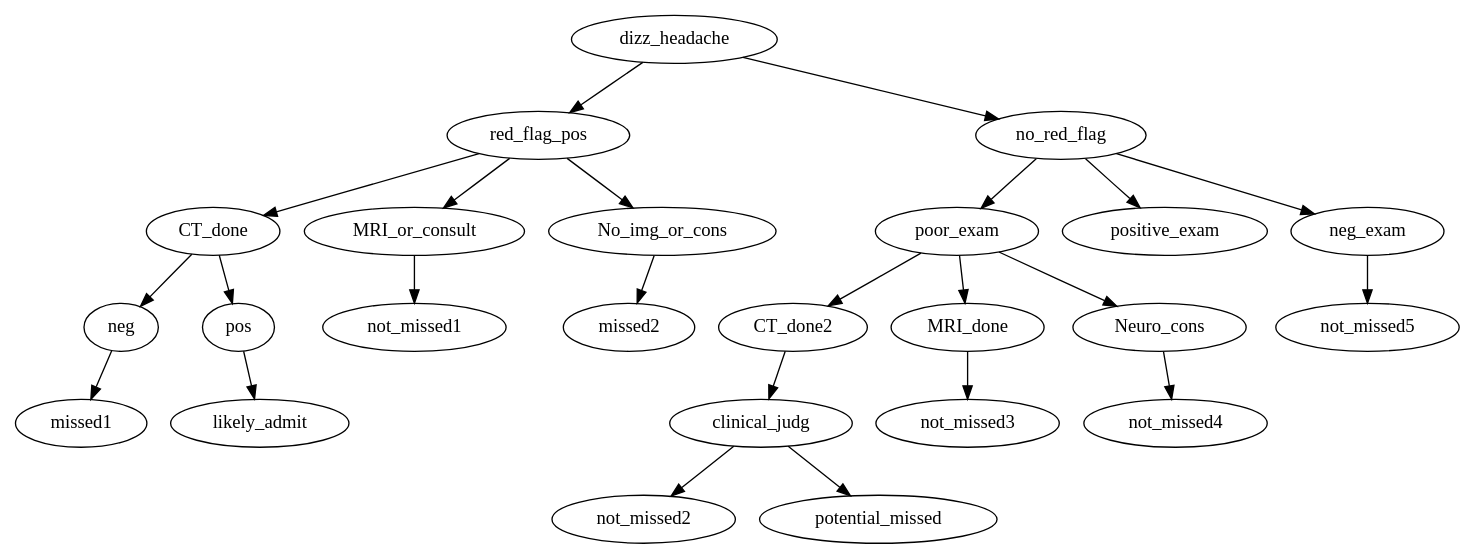
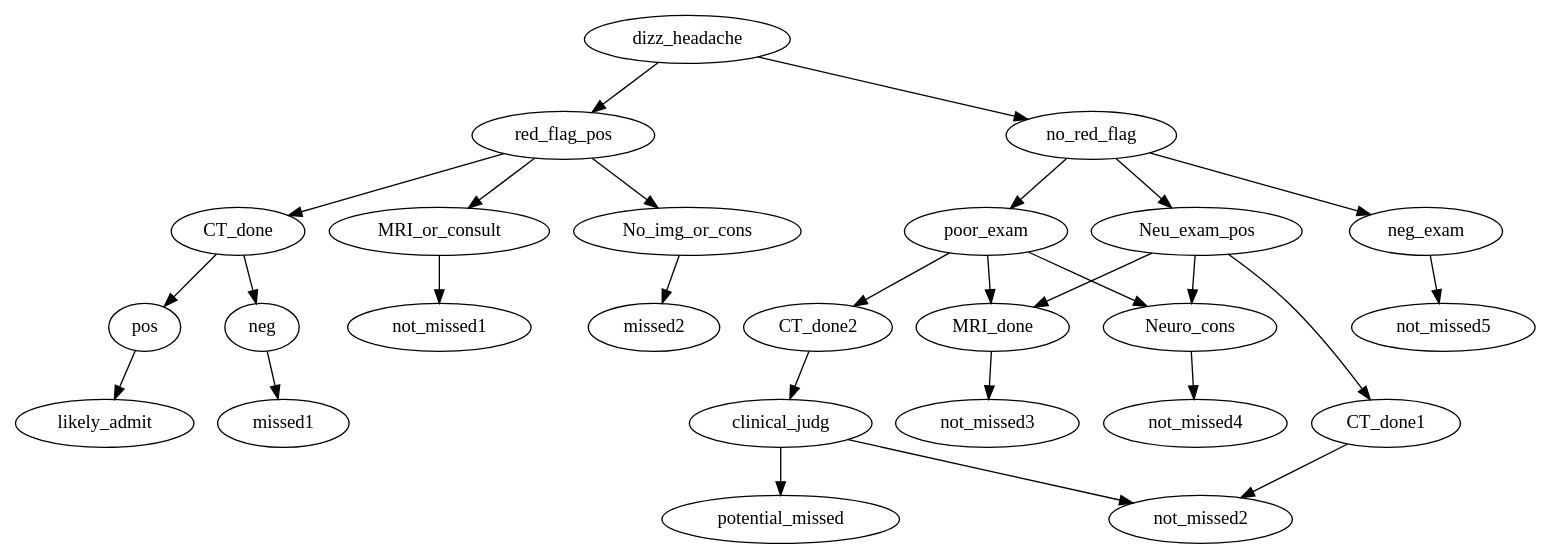
The diagram in missed-opportunity.dot (zimolzak/opportunity-graph), drawn with Graphviz before and after one commit.

Commit message:
Filled in almost all remaining edges

```diff
--- a/missed-opportunity.dot
+++ b/missed-opportunity.dot
@@ -1,29 +1,31 @@
 digraph{
 
 dizz_headache -> red_flag_pos
 dizz_headache -> no_red_flag
 
 red_flag_pos -> CT_done
 CT_done -> neg -> missed1
 CT_done -> pos -> likely_admit
 red_flag_pos -> MRI_or_consult -> not_missed1
 red_flag_pos -> No_img_or_cons -> missed2
 
 # right branch no red flags
 
 no_red_flag -> poor_exam
-no_red_flag -> positive_exam
+no_red_flag -> Neu_exam_pos
 no_red_flag -> neg_exam -> not_missed5
 
 poor_exam -> CT_done2
 poor_exam -> MRI_done -> not_missed3
 poor_exam -> Neuro_cons -> not_missed4
 
 CT_done2 -> clinical_judg
 clinical_judg -> not_missed2
 clinical_judg -> potential_missed
 
-
+Neu_exam_pos -> CT_done1 -> not_missed2
+Neu_exam_pos -> MRI_done
+Neu_exam_pos -> Neuro_cons
 
 
 }
```
